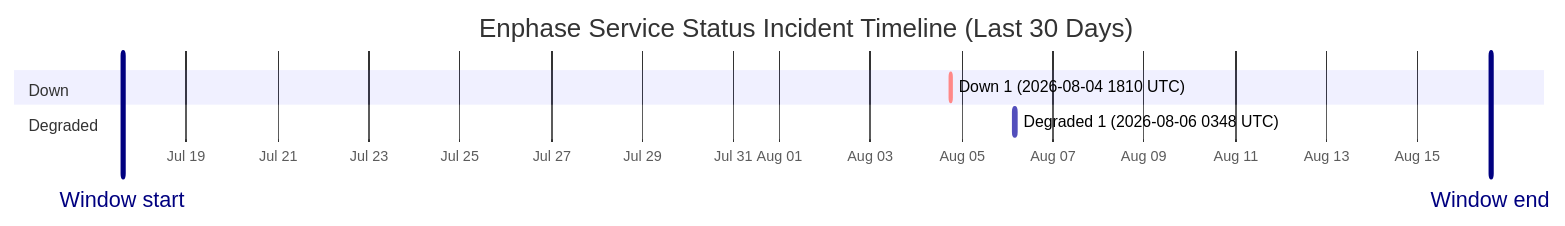
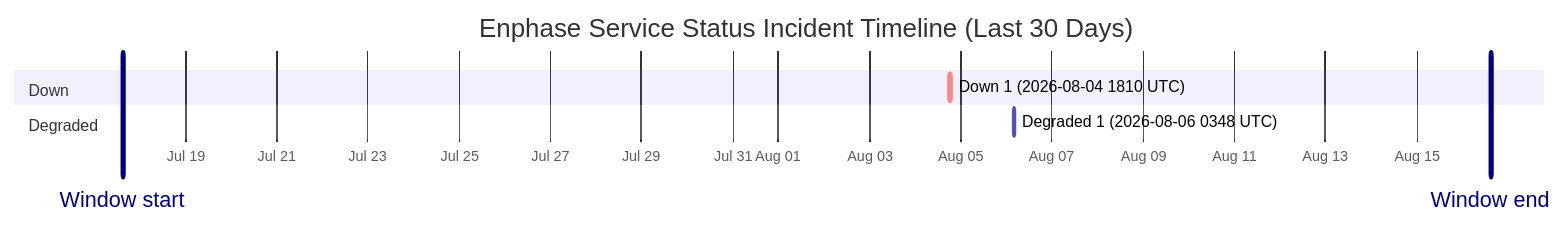
One commit to barneyonline/ha-enphase-energy changed the diagram in wiki/Service-Status-History.md. Above: the diagram before and after it, drawn with Mermaid. The commit also changed other lines of this file and 3 other files, not shown here.

````diff
--- a/wiki/Service-Status-History.md
+++ b/wiki/Service-Status-History.md
@@ -14,12 +14,12 @@
 ```mermaid
 gantt
     title Enphase Service Status Incident Timeline (Last 30 Days)
     dateFormat  YYYY-MM-DDTHH:mm:ss
     axisFormat  %b %d
-    Window start :vert, window-start, 2026-07-17T14:19:58, 0ms
-    Window end :vert, window-end, 2026-08-16T14:19:58, 0ms
+    Window start :vert, window-start, 2026-07-17T14:47:59, 0ms
+    Window end :vert, window-end, 2026-08-16T14:47:59, 0ms
     section Down
     Down 1 (2026-08-04 1810 UTC) :crit, down-1, 2026-08-04T18:10:46, 60m
     section Degraded
     Degraded 1 (2026-08-06 0348 UTC) :active, degraded-1, 2026-08-06T03:48:14, 60m
 ```
````
